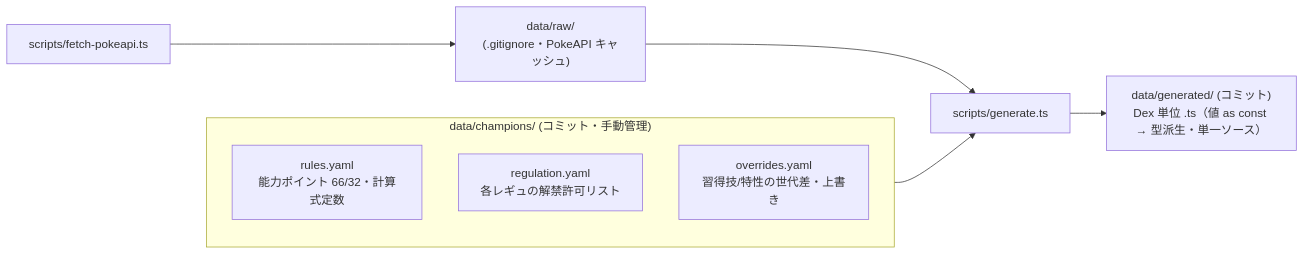
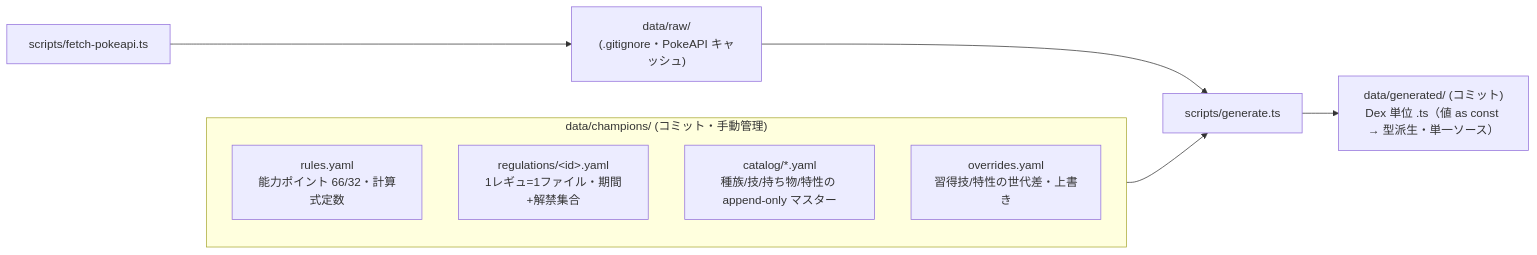
Before and after one commit to subroh0508/pokeform: the second of 2 diagrams in docs/plan/01-mvp/architecture.md, drawn with Mermaid. The commit also changed other lines of this file and 19 other files, not shown here.

````diff
--- a/docs/plan/01-mvp/architecture.md
+++ b/docs/plan/01-mvp/architecture.md
@@ -220,12 +218,13 @@
 ```mermaid
 flowchart LR
     F["scripts/fetch-pokeapi.ts"] --> RAW["data/raw/<br/>(.gitignore・PokeAPI キャッシュ)"]
     subgraph CH["data/champions/ (コミット・手動管理)"]
         R["rules.yaml<br/>能力ポイント 66/32・計算式定数"]
-        REG["regulation.yaml<br/>各レギュの解禁許可リスト"]
+        REG["regulations/&lt;id&gt;.yaml<br/>1レギュ=1ファイル・期間+解禁集合"]
+        CAT["catalog/*.yaml<br/>種族/技/持ち物/特性の append-only マスター"]
         OV["overrides.yaml<br/>習得技/特性の世代差・上書き"]
     end
     RAW --> GEN["scripts/generate.ts"]
     CH --> GEN
     GEN --> OUT["data/generated/ (コミット)<br/>Dex 単位 .ts（値 as const → 型派生・単一ソース）"]
 ```
````
